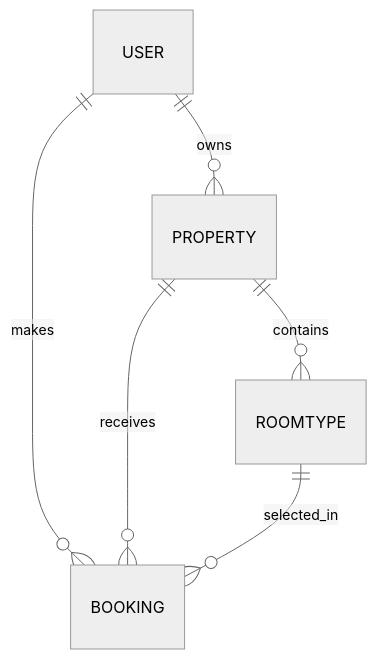
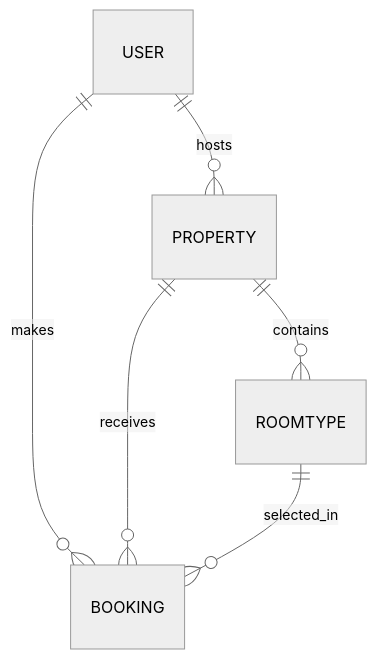
Before and after one commit to Edson-Edwin/Luxestay: the diagram in LuxeStay_Project_Report.md, drawn with Mermaid (neutral theme). The commit also changed other lines of this file and 4 other files, not shown here.

````diff
--- a/LuxeStay_Project_Report.md
+++ b/LuxeStay_Project_Report.md
@@ -51,8 +54,8 @@
 ```mermaid
 erDiagram
-    USER ||--o{ PROPERTY : owns
+    USER ||--o{ PROPERTY : hosts
     USER ||--o{ BOOKING : makes
     PROPERTY ||--o{ ROOMTYPE : contains
     PROPERTY ||--o{ BOOKING : receives
     ROOMTYPE ||--o{ BOOKING : selected_in
 ```
````
